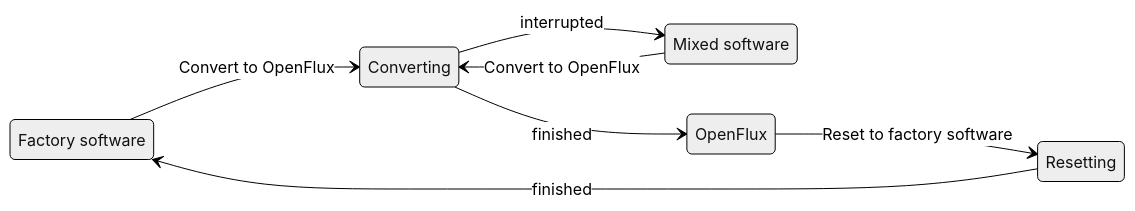
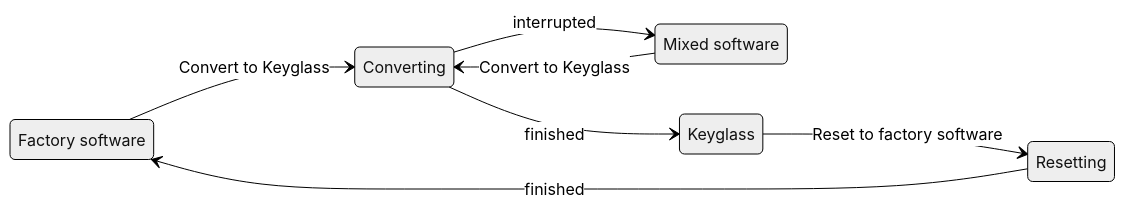
One commit to Scott-Meyer/openflux changed the diagram in docs/converting-a-keyboard.md. Above: the diagram before and after it, drawn with Mermaid (neutral theme). The commit also changed other lines of this file and 375 other files, not shown here.

````diff
--- a/docs/converting-a-keyboard.md
+++ b/docs/converting-a-keyboard.md
@@ -12,15 +12,15 @@
 ```mermaid
 stateDiagram-v2
     direction LR
     state "Factory software" as Factory
     state "Mixed software" as Mixed
     state "Converting" as Converting
-    state "OpenFlux" as OpenFlux
+    state "Keyglass" as Keyglass
     state "Resetting" as Resetting
-    Factory --> Converting: Convert to OpenFlux
-    Mixed --> Converting: Convert to OpenFlux
-    Converting --> OpenFlux: finished
+    Factory --> Converting: Convert to Keyglass
+    Mixed --> Converting: Convert to Keyglass
+    Converting --> Keyglass: finished
     Converting --> Mixed: interrupted
-    OpenFlux --> Resetting: Reset to factory software
+    Keyglass --> Resetting: Reset to factory software
     Resetting --> Factory: finished
 ```
````
